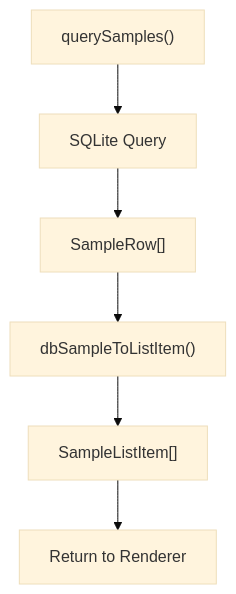
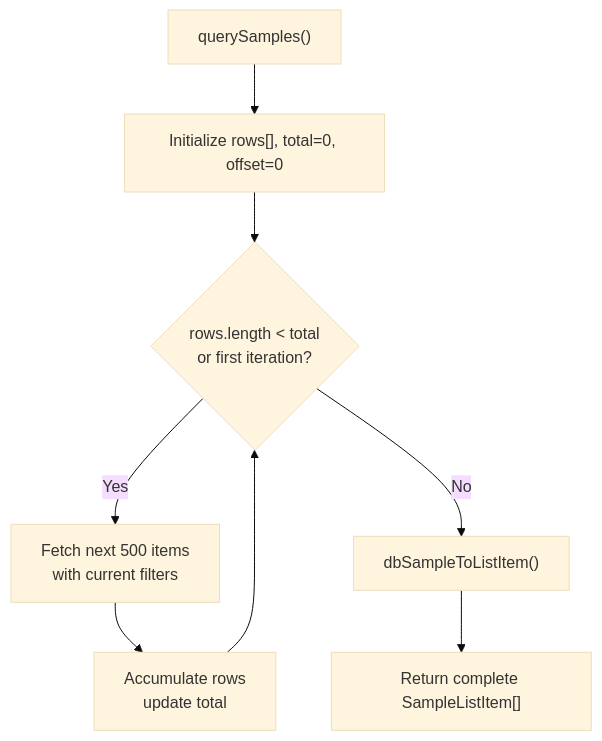
One commit to satyrlord/mixjam-electron changed the fifth of 10 diagrams in .qoder/repowiki/en/content/Sample Browser.md. Above: the diagram before and after it, drawn with Mermaid (base theme). The commit also changed other lines of this file and 8 other files, not shown here.

````diff
--- a/.qoder/repowiki/en/content/Sample Browser.md
+++ b/.qoder/repowiki/en/content/Sample Browser.md
@@ -242,8 +244,10 @@
 ```mermaid
 flowchart TD
-Query["querySamples()"] --> DB["SQLite Query"]
-DB --> Rows["SampleRow[]"]
-Rows --> Map["dbSampleToListItem()"]
-Map --> ListItem["SampleListItem[]"]
-ListItem --> Return["Return to Renderer"]
+Query["querySamples()"] --> Init["Initialize rows[], total=0, offset=0"]
+Init --> Loop{"rows.length < total<br/>or first iteration?"}
+Loop --> |Yes| Fetch["Fetch next 500 items<br/>with current filters"]
+Fetch --> Accumulate["Accumulate rows<br/>update total"]
+Accumulate --> Loop
+Loop --> |No| Map["dbSampleToListItem()"]
+Map --> Complete["Return complete SampleListItem[]"]
 ```
````
